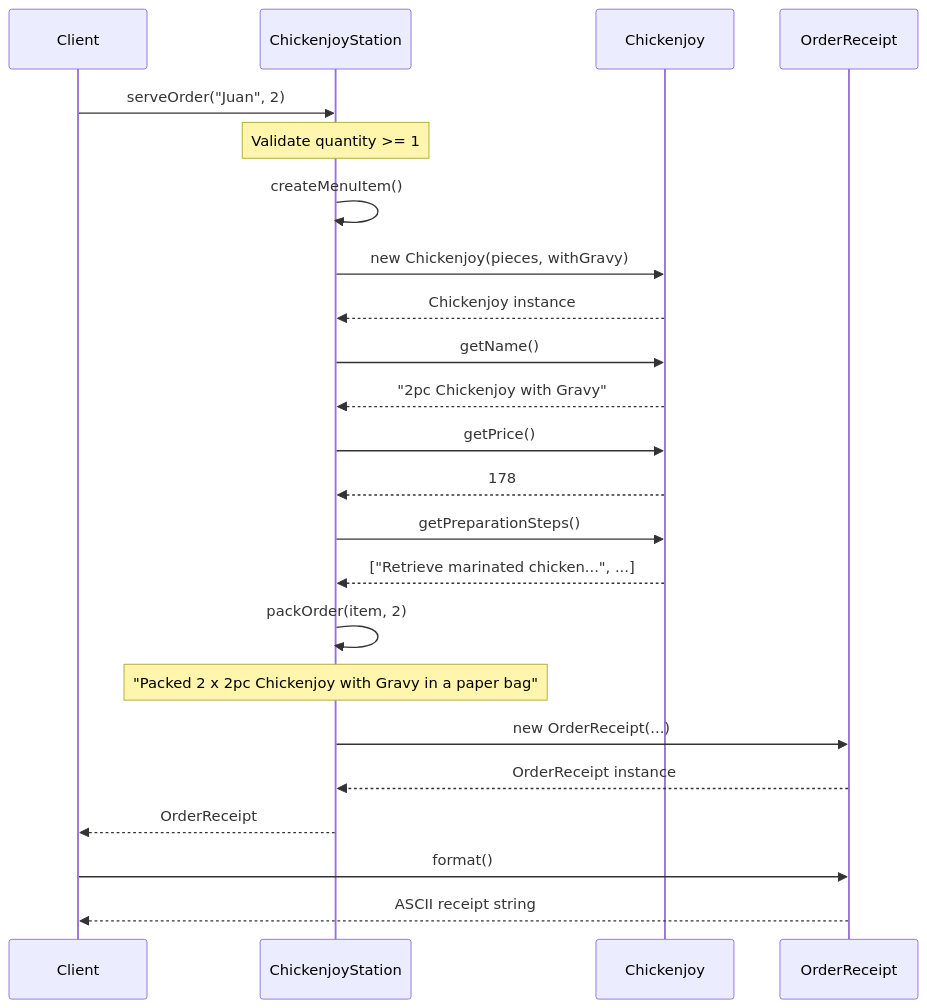
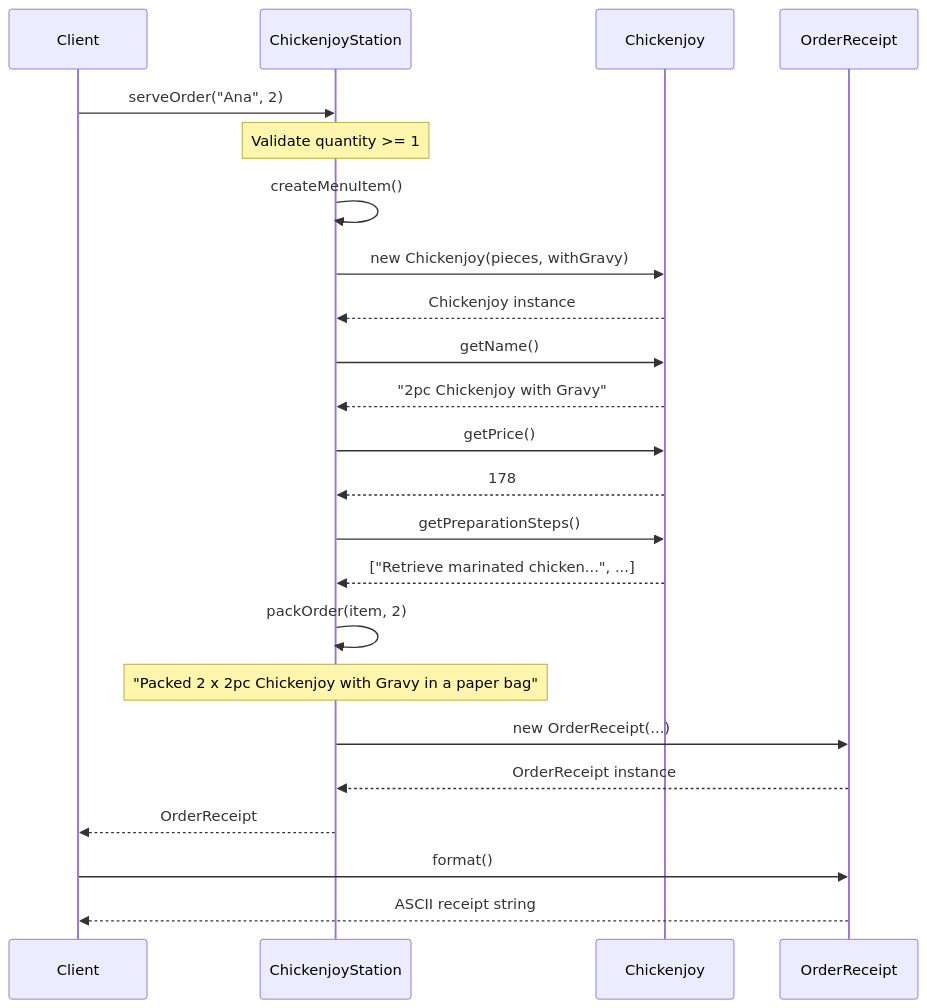
The diagram in docs/sequence-diagram.md (Amor-Reyes/IPT10-factory-method-jollibee), drawn with Mermaid before and after one commit. The commit also changed other lines of this file and 5 other files, not shown here.

Commit message:
Use Ana as example customer and add exported diagram figures

````diff
--- a/docs/sequence-diagram.md
+++ b/docs/sequence-diagram.md
@@ -7,33 +7,33 @@
 ```mermaid
 sequenceDiagram
     participant Client
     participant CS as ChickenjoyStation
     participant CJ as Chickenjoy
     participant OR as OrderReceipt
 
-    Client->>CS: serveOrder("Juan", 2)
+    Client->>CS: serveOrder("Ana", 2)
     Note over CS: Validate quantity >= 1
 
     CS->>CS: createMenuItem()
     CS->>CJ: new Chickenjoy(pieces, withGravy)
     CJ-->>CS: Chickenjoy instance
 
     CS->>CJ: getName()
     CJ-->>CS: "2pc Chickenjoy with Gravy"
 
     CS->>CJ: getPrice()
     CJ-->>CS: 178
 
     CS->>CJ: getPreparationSteps()
     CJ-->>CS: ["Retrieve marinated chicken...", ...]
 
     CS->>CS: packOrder(item, 2)
     Note over CS: "Packed 2 x 2pc Chickenjoy with Gravy in a paper bag"
 
     CS->>OR: new OrderReceipt(...)
     OR-->>CS: OrderReceipt instance
 
     CS-->>Client: OrderReceipt
     Client->>OR: format()
     OR-->>Client: ASCII receipt string
 ```
````
